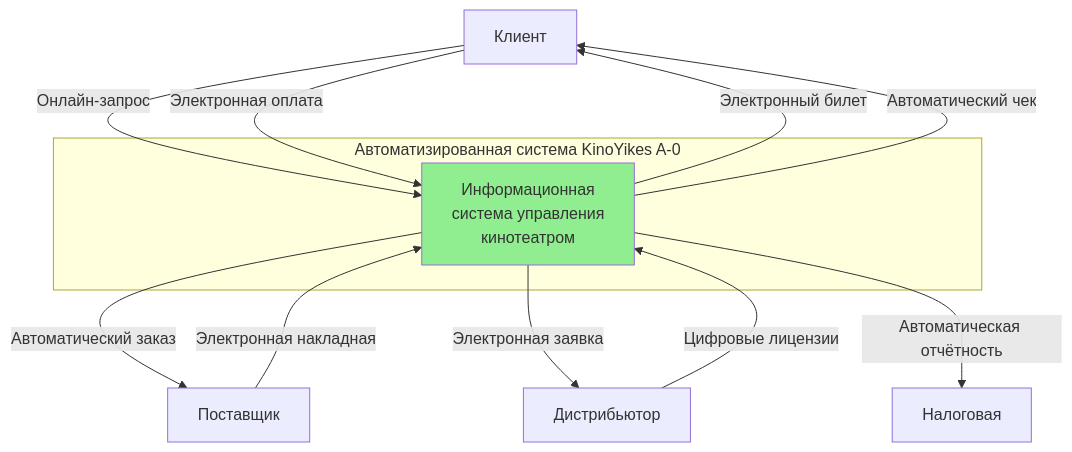
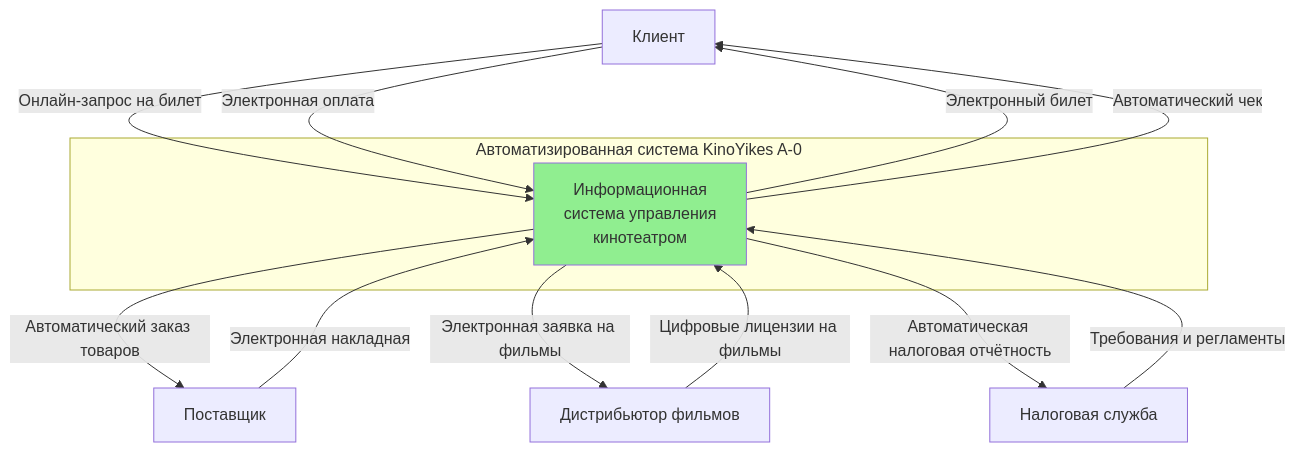
Before and after one commit to denly1/trpo5: the first of 2 diagrams in README.md, drawn with Mermaid. The commit also changed other lines of this file, not shown here.

Commit message:
Add TO-BE DFD diagrams (A-0 and A0) for KinoYikes

````diff
--- a/README.md
+++ b/README.md
@@ -179,26 +41,27 @@
 ```mermaid
 graph TB
     Client[Клиент]
     Supplier[Поставщик]
-    Distributor[Дистрибьютор]
-    TaxOffice[Налоговая]
+    Distributor[Дистрибьютор фильмов]
+    TaxOffice[Налоговая служба]
     
     subgraph "Автоматизированная система KinoYikes A-0"
         MainProcess[Информационная<br/>система управления<br/>кинотеатром]
     end
     
-    Client -->|Онлайн-запрос| MainProcess
+    Client -->|Онлайн-запрос на билет| MainProcess
     Client -->|Электронная оплата| MainProcess
     MainProcess -->|Электронный билет| Client
     MainProcess -->|Автоматический чек| Client
     
     Supplier -->|Электронная накладная| MainProcess
-    MainProcess -->|Автоматический заказ| Supplier
+    MainProcess -->|Автоматический заказ товаров| Supplier
     
-    Distributor -->|Цифровые лицензии| MainProcess
-    MainProcess -->|Электронная заявка| Distributor
+    Distributor -->|Цифровые лицензии на фильмы| MainProcess
+    MainProcess -->|Электронная заявка на фильмы| Distributor
     
-    MainProcess -->|Автоматическая отчётность| TaxOffice
+    MainProcess -->|Автоматическая налоговая отчётность| TaxOffice
+    TaxOffice -->|Требования и регламенты| MainProcess
     
     style MainProcess fill:#90EE90
 ```
````
